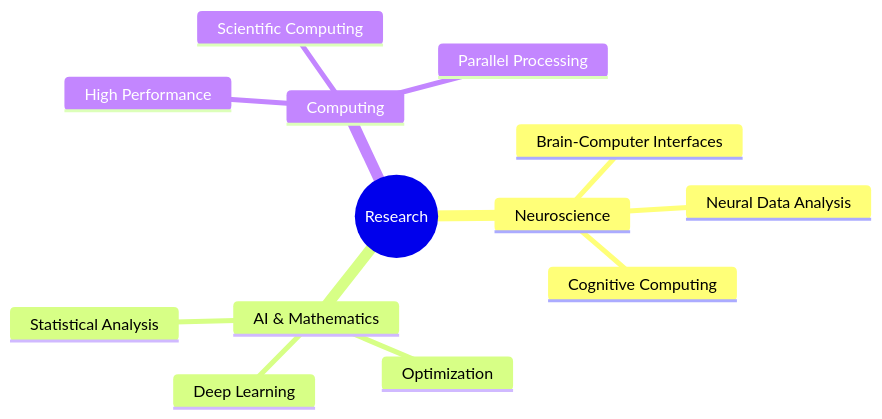
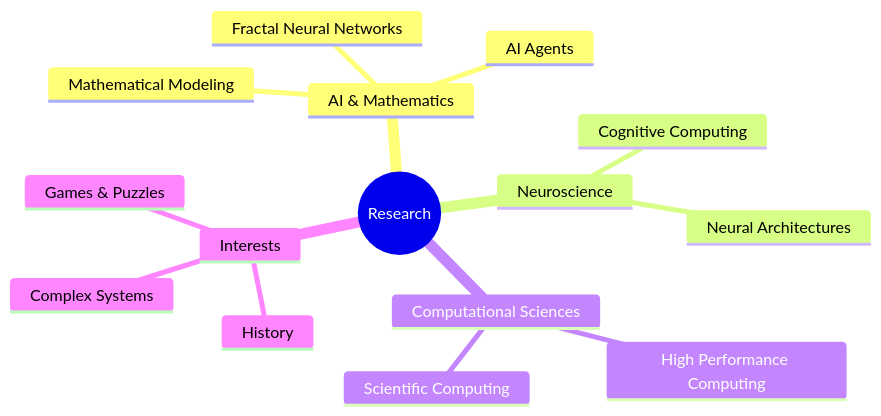
The first of 6 diagrams in README.md (sapienskid/sapienskid), drawn with Mermaid before and after one commit. The commit also changed other lines of this file, not shown here.

````diff
--- a/README.md
+++ b/README.md
@@ -31,16 +31,18 @@
 ```mermaid
 mindmap
   root((Research))
+    AI & Mathematics
+      Fractal Neural Networks
+      AI Agents
+      Mathematical Modeling
     Neuroscience
-      Brain-Computer Interfaces
-      Neural Data Analysis
       Cognitive Computing
-    AI & Mathematics
-      Deep Learning
-      Optimization
-      Statistical Analysis
-    Computing
-      High Performance
+      Neural Architectures
+    Computational Sciences
+      High Performance Computing
       Scientific Computing
-      Parallel Processing
+    Interests
+      History
+      Games & Puzzles
+      Complex Systems
 ```
````
